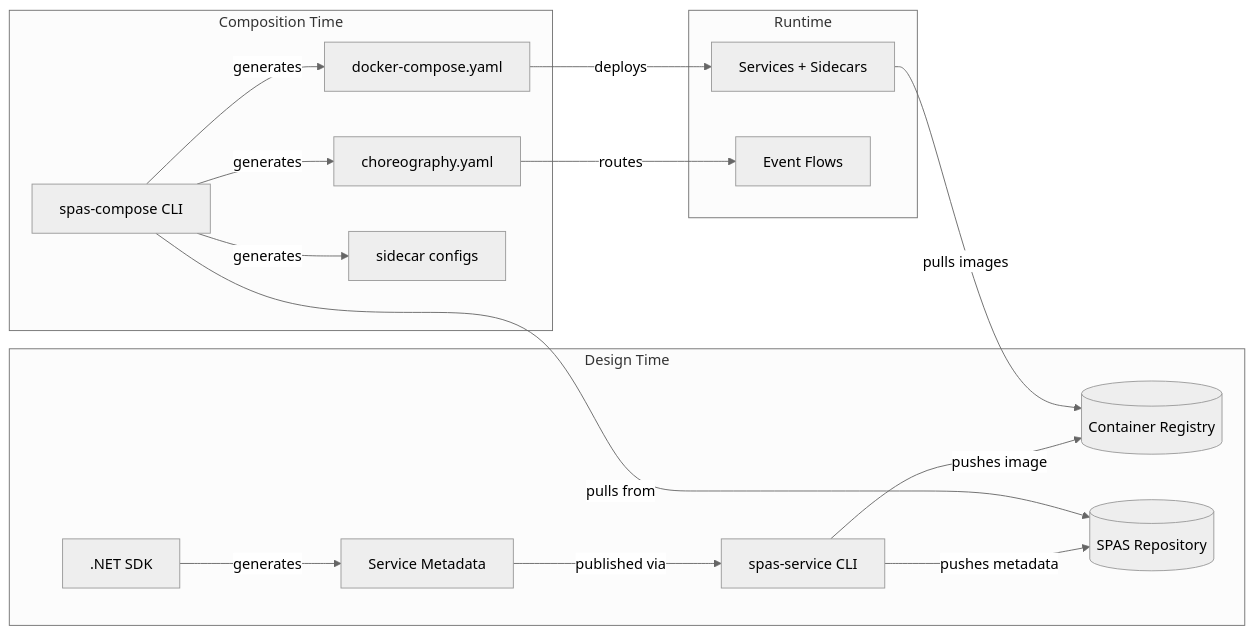
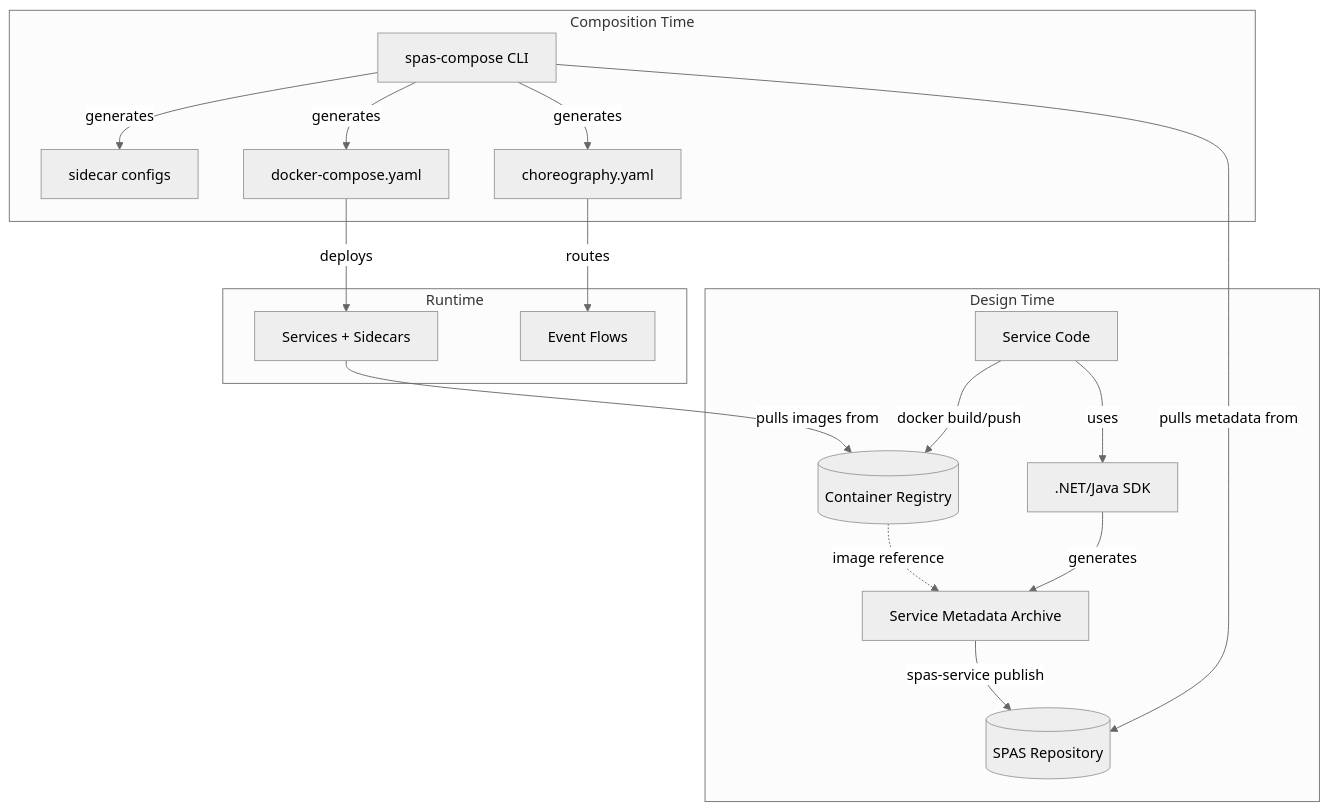
The second of 4 diagrams in principles/02-architecture-overview.md (filozofira/spas), drawn with Mermaid (neutral theme) before and after one commit. The commit also changed 38 other files, not shown here.

````diff
--- a/principles/02-architecture-overview.md
+++ b/principles/02-architecture-overview.md
@@ -51,22 +51,25 @@
 ```mermaid
-flowchart LR
+flowchart TB
   subgraph "Design Time"
-    SDK[.NET SDK] -->|generates| Meta[Service Metadata]
-    Meta -->|published via| CLI1[spas-service CLI]
-    CLI1 -->|pushes image| DockerReg[(Container Registry)]
-    CLI1 -->|pushes metadata| Repo[(SPAS Repository)]
+    Code[Service Code] -->|uses| SDK[.NET/Java SDK]
+    SDK -->|generates| Meta[Service Metadata Archive]
+    Meta -->|spas-service publish| Repo[(SPAS Repository)]
+    
+    Code -->|docker build/push| DockerReg[(Container Registry)]
+    
+    DockerReg -.->|image reference| Meta
   end
 
   subgraph "Composition Time"
-    CLI2[spas-compose CLI] -->|pulls from| Repo
+    CLI2[spas-compose CLI] -->|pulls metadata from| Repo
     CLI2 -->|generates| Choreo[choreography.yaml]
     CLI2 -->|generates| DC[docker-compose.yaml]
     CLI2 -->|generates| SC[sidecar configs]
   end
 
   subgraph "Runtime"
     DC -->|deploys| Services[Services + Sidecars]
     Choreo -->|routes| Events[Event Flows]
-    Services -->|pulls images| DockerReg
+    Services -->|pulls images from| DockerReg
   end
 ```
````
